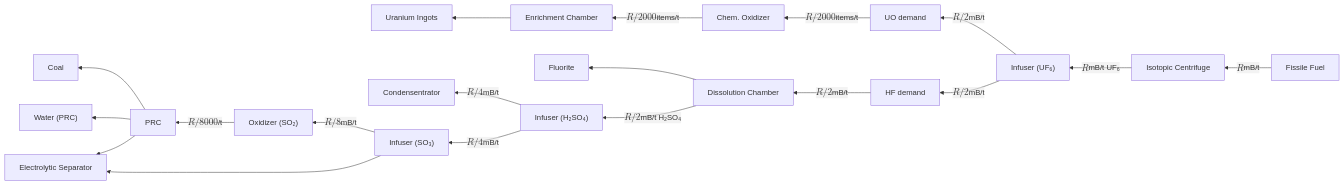
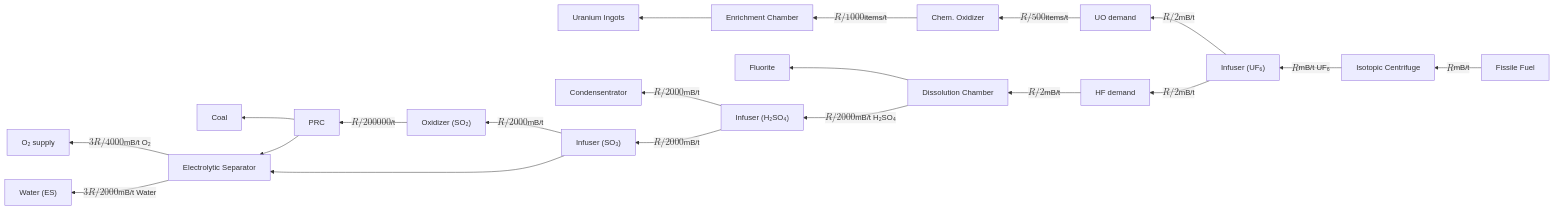
The second of 3 diagrams in docs/mekanism/fissile-fuel-production.md (Kiwifan1/Kiwifan1.github.io), drawn with Mermaid before and after one commit. The commit also changed other lines of this file and 3 other files, not shown here.

````diff
--- a/docs/mekanism/fissile-fuel-production.md
+++ b/docs/mekanism/fissile-fuel-production.md
@@ -226,23 +242,24 @@
 ```mermaid
 flowchart RL
     FF["Fissile Fuel"] -->|"$$R$$ mB/t"| IC["Isotopic Centrifuge"]
     IC -->|"$$R$$ mB/t UF₆"| CIuf["Infuser (UF₆)"]
     CIuf -->|"$$R/2$$ mB/t"| UO["UO demand"]
     CIuf -->|"$$R/2$$ mB/t"| HF["HF demand"]
 
-    UO -->|"$$R/2000$$ items/t"| COu["Chem. Oxidizer"]
-    COu -->|"$$R/2000$$ items/t"| ECh["Enrichment Chamber"]
+    UO -->|"$$R/500$$ items/t"| COu["Chem. Oxidizer"]
+    COu -->|"$$R/1000$$ items/t"| ECh["Enrichment Chamber"]
     ECh --> Ingots["Uranium Ingots"]
 
     HF -->|"$$R/2$$ mB/t"| CDC["Dissolution Chamber"]
     CDC --> Fl["Fluorite"]
-    CDC -->|"$$R/2$$ mB/t H₂SO₄"| CIh2so4["Infuser (H₂SO₄)"]
-    CIh2so4 -->|"$$R/4$$ mB/t"| Vapor["Condensentrator"]
-    CIh2so4 -->|"$$R/4$$ mB/t"| CIso3["Infuser (SO₃)"]
-    CIso3 -->|"$$R/8$$ mB/t"| COs["Oxidizer (SO₂)"]
-    COs -->|"$$R/8000$$ /t"| PRC["PRC"]
+    CDC -->|"$$R/2000$$ mB/t H₂SO₄"| CIh2so4["Infuser (H₂SO₄)"]
+    CIh2so4 -->|"$$R/2000$$ mB/t"| Vapor["Condensentrator"]
+    CIh2so4 -->|"$$R/2000$$ mB/t"| CIso3["Infuser (SO₃)"]
+    CIso3 -->|"$$R/2000$$ mB/t"| COs["Oxidizer (SO₂)"]
+    COs -->|"$$R/200000$$ /t"| PRC["PRC"]
     PRC --> Coal["Coal"]
-    PRC --> WaterB["Water (PRC)"]
     CIso3 --> ES["Electrolytic Separator"]
     PRC --> ES
+    ES -->|"$$3R/4000$$ mB/t O₂"| O2["O₂ supply"]
+    ES -->|"$$3R/2000$$ mB/t Water"| WaterES["Water (ES)"]
 ```
````
